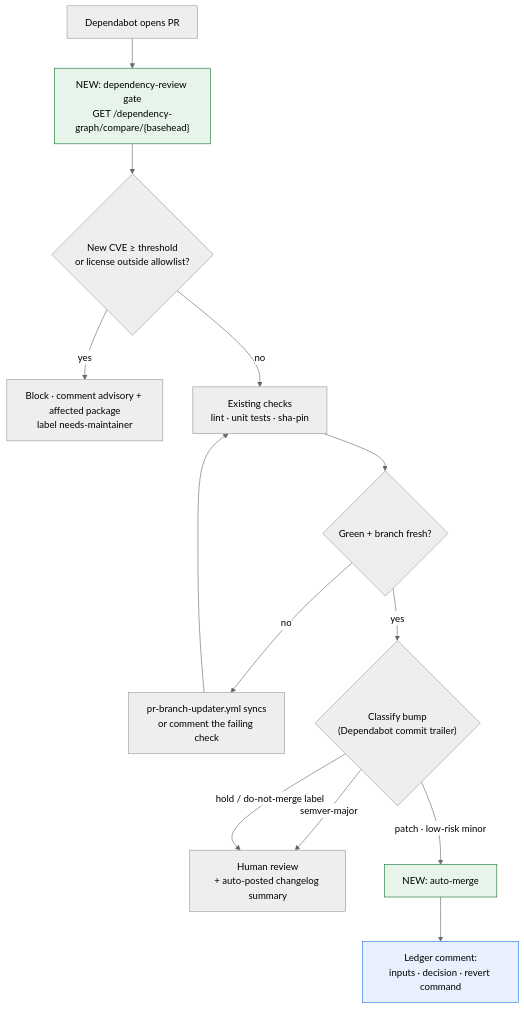
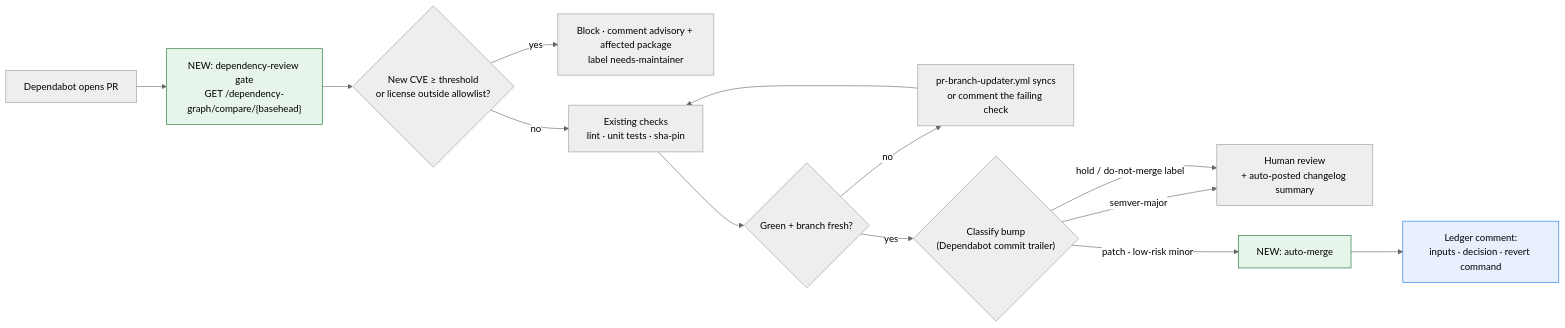
The second of 2 diagrams in proposal.md (kpj2006/test), drawn with Mermaid (neutral theme) before and after one commit.

Commit message:
Fix flowchart direction in dependency-review gate section

````diff
--- a/proposal.md
+++ b/proposal.md
@@ -76,19 +76,19 @@
 ```mermaid
-flowchart TD
+flowchart LR
     A[Dependabot opens PR] --> B["NEW: dependency-review gate<br/>GET /dependency-graph/compare/{basehead}"]
     B --> C{New CVE ≥ threshold<br/>or license outside allowlist?}
     C -- yes --> D["Block · comment advisory + affected package<br/>label needs-maintainer"]
     C -- no --> E["Existing checks<br/>lint · unit tests · sha-pin"]
     E --> F{Green + branch fresh?}
     F -- no --> G["pr-branch-updater.yml syncs<br/>or comment the failing check"]
     G --> E
     F -- yes --> H{"Classify bump<br/>(Dependabot commit trailer)"}
     H -- "semver-major" --> I["Human review<br/>+ auto-posted changelog summary"]
     H -- "hold / do-not-merge label" --> I
     H -- "patch · low-risk minor" --> J["NEW: auto-merge"]
     J --> K["Ledger comment:<br/>inputs · decision · revert command"]
 
     style B fill:#e6f4ea,stroke:#137333
     style J fill:#e6f4ea,stroke:#137333
     style K fill:#e8f0fe,stroke:#1a73e8
 ```
````
